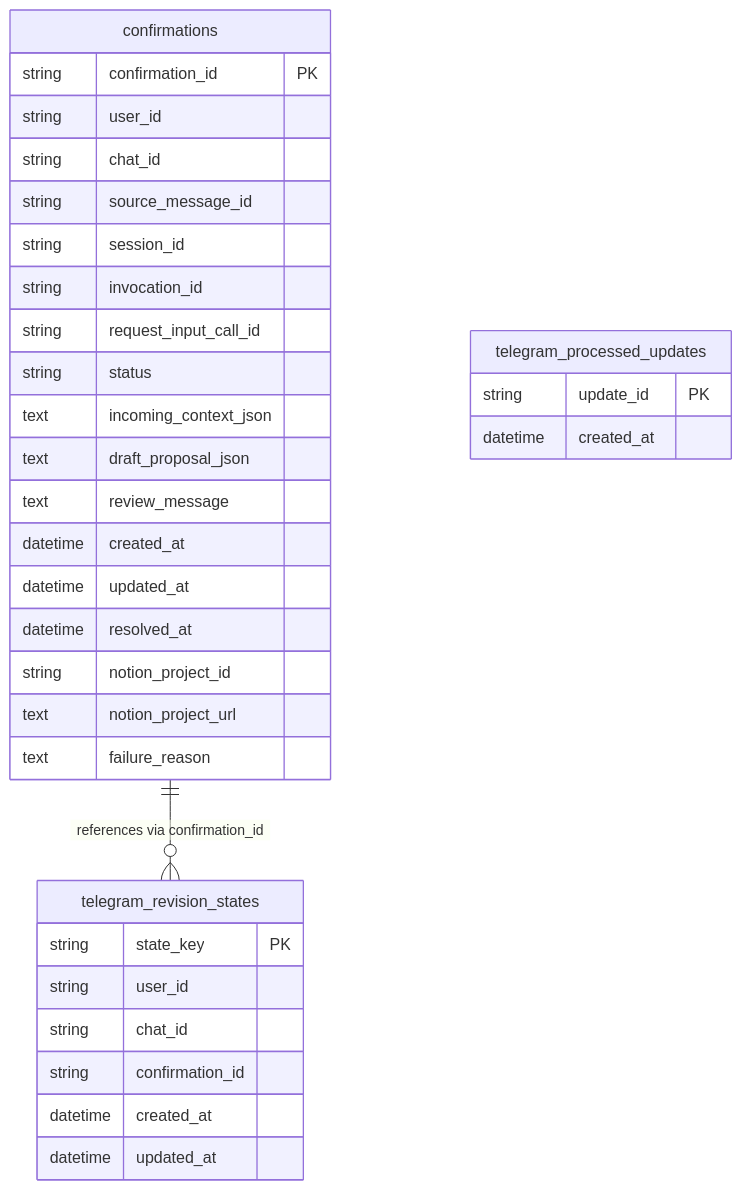
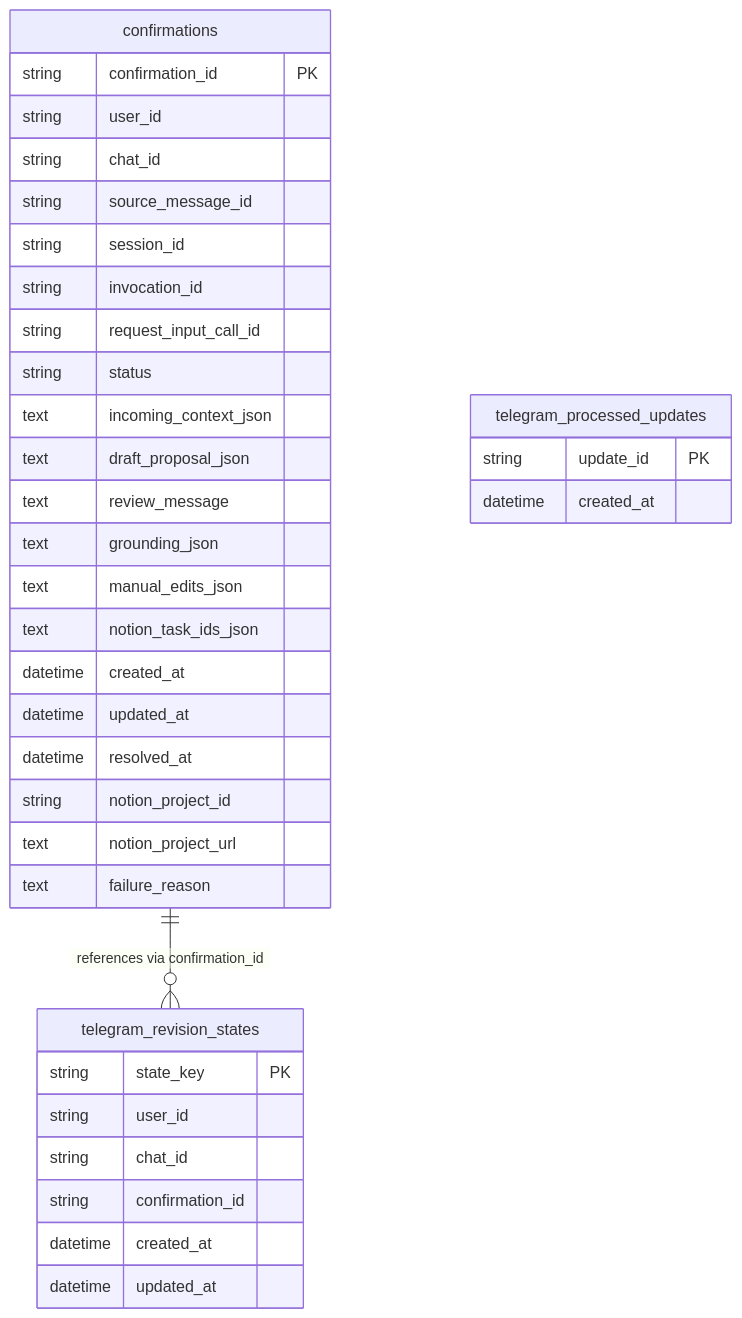
One commit to iamtokarev/backlog-tamer changed the diagram in openwiki/domain/data-model.md. Above: the diagram before and after it, drawn with Mermaid. The commit also changed other lines of this file and 6 other files, not shown here.

````diff
--- a/openwiki/domain/data-model.md
+++ b/openwiki/domain/data-model.md
@@ -140,38 +167,41 @@
 ```mermaid
 erDiagram
     confirmations {
         string confirmation_id PK
         string user_id
         string chat_id
         string source_message_id
         string session_id
         string invocation_id
         string request_input_call_id
         string status
         text incoming_context_json
         text draft_proposal_json
         text review_message
+        text grounding_json
+        text manual_edits_json
+        text notion_task_ids_json
         datetime created_at
         datetime updated_at
         datetime resolved_at
         string notion_project_id
         text notion_project_url
         text failure_reason
     }
 
     telegram_revision_states {
         string state_key PK
         string user_id
         string chat_id
         string confirmation_id
         datetime created_at
         datetime updated_at
     }
 
     telegram_processed_updates {
         string update_id PK
         datetime created_at
     }
 
     confirmations ||--o{ telegram_revision_states : "references via confirmation_id"
 ```
````
